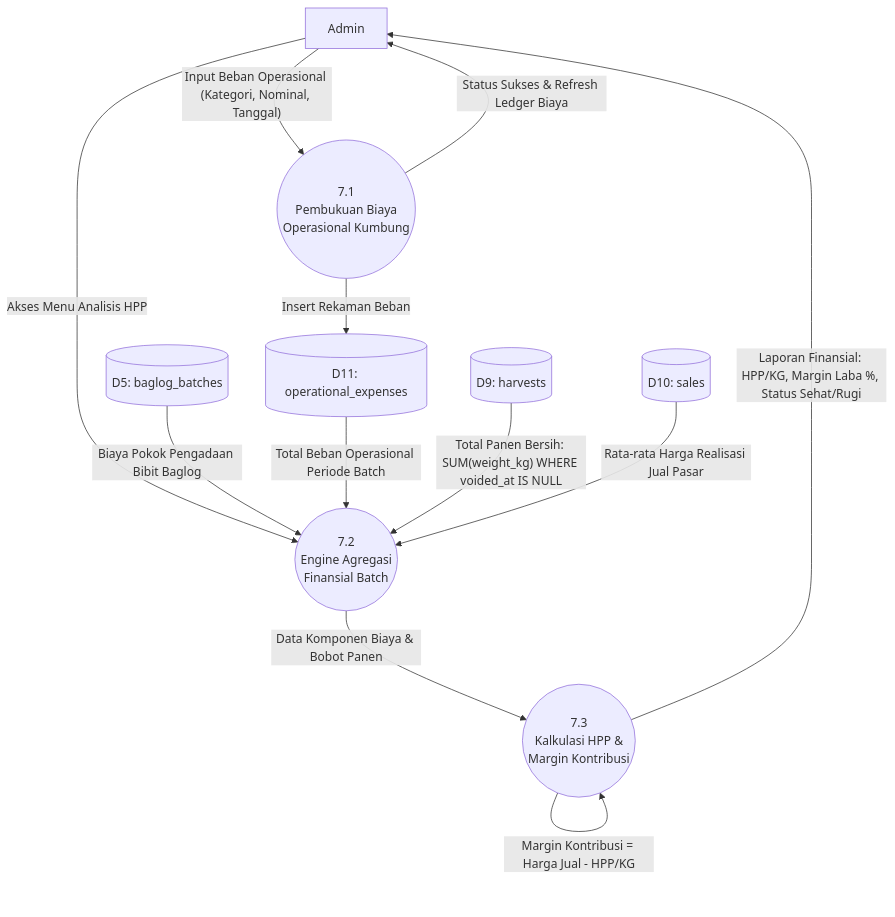
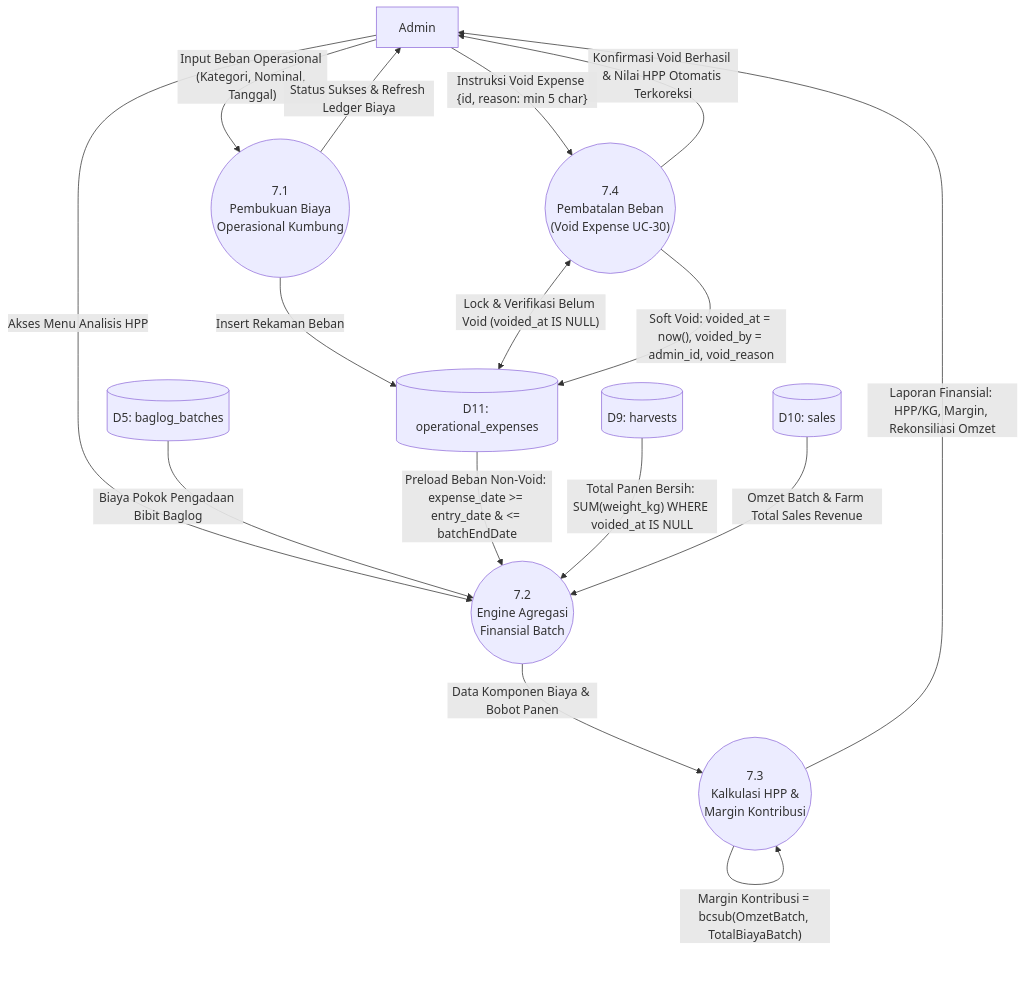
The fourth of 4 diagrams in docs/dfd.md (Kaz0342/TA), drawn with Mermaid before and after one commit. The commit also changed other lines of this file and 8 other files, not shown here.

Commit message:
docs(architecture): sinkronisasi komprehensif ERD, 30 Use Case, Sequence Diagram SD-01..SD-12, DFD Level 0..2, dan audit trail

````diff
--- a/docs/dfd.md
+++ b/docs/dfd.md
@@ -227,23 +229,28 @@
 ```mermaid
 flowchart TD
     Admin["Admin"]
     D5[("D5: baglog_batches")]
     D9[("D9: harvests")]
     D10[("D10: sales")]
     D11[("D11: operational_expenses")]
 
     Admin -->|"Input Beban Operasional (Kategori, Nominal, Tanggal)"| P71(("7.1<br/>Pembukuan Biaya<br/>Operasional Kumbung"))
     P71 -->|"Insert Rekaman Beban"| D11
     P71 -->|"Status Sukses & Refresh Ledger Biaya"| Admin
 
     Admin -->|"Akses Menu Analisis HPP"| P72(("7.2<br/>Engine Agregasi<br/>Finansial Batch"))
     D5 -->|"Biaya Pokok Pengadaan Bibit Baglog"| P72
-    D11 -->|"Total Beban Operasional Periode Batch"| P72
+    D11 -->|"Preload Beban Non-Void: expense_date >= entry_date & <= batchEndDate"| P72
     D9 -->|"Total Panen Bersih: SUM(weight_kg) WHERE voided_at IS NULL"| P72
-    D10 -->|"Rata-rata Harga Realisasi Jual Pasar"| P72
+    D10 -->|"Omzet Batch & Farm Total Sales Revenue"| P72
 
     P72 -->|"Data Komponen Biaya & Bobot Panen"| P73(("7.3<br/>Kalkulasi HPP &<br/>Margin Kontribusi"))
-    P73 -->|"HPP/KG = (Biaya Bibit + Operasional) / Total Panen KG"| P73
-    P73 -->|"Margin Kontribusi = Harga Jual - HPP/KG"| P73
-    P73 -->|"Laporan Finansial: HPP/KG, Margin Laba %, Status Sehat/Rugi"| Admin
+    P73 -->|"HPP/KG = bcdiv(bcadd(Bibit, SharedOverhead), TotalPanenKG)"| P73
+    P73 -->|"Margin Kontribusi = bcsub(OmzetBatch, TotalBiayaBatch)"| P73
+    P73 -->|"Laporan Finansial: HPP/KG, Margin, Rekonsiliasi Omzet"| Admin
+
+    Admin -->|"Instruksi Void Expense {id, reason: min 5 char}"| P74(("7.4<br/>Pembatalan Beban<br/>(Void Expense UC-30)"))
+    P74 <-->|"Lock & Verifikasi Belum Void (voided_at IS NULL)"| D11
+    P74 -->|"Soft Void: voided_at = now(), voided_by = admin_id, void_reason"| D11
+    P74 -->|"Konfirmasi Void Berhasil & Nilai HPP Otomatis Terkoreksi"| Admin
 ```
````
